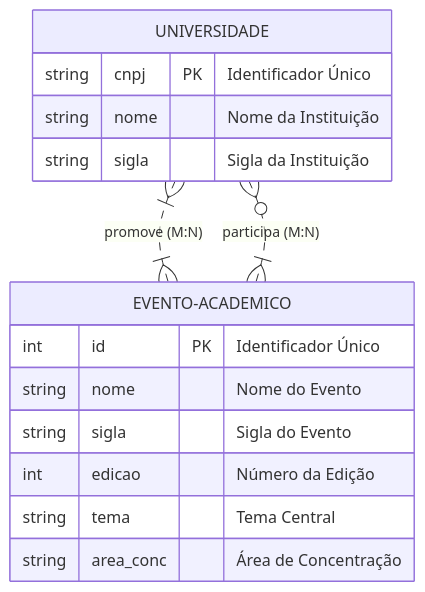
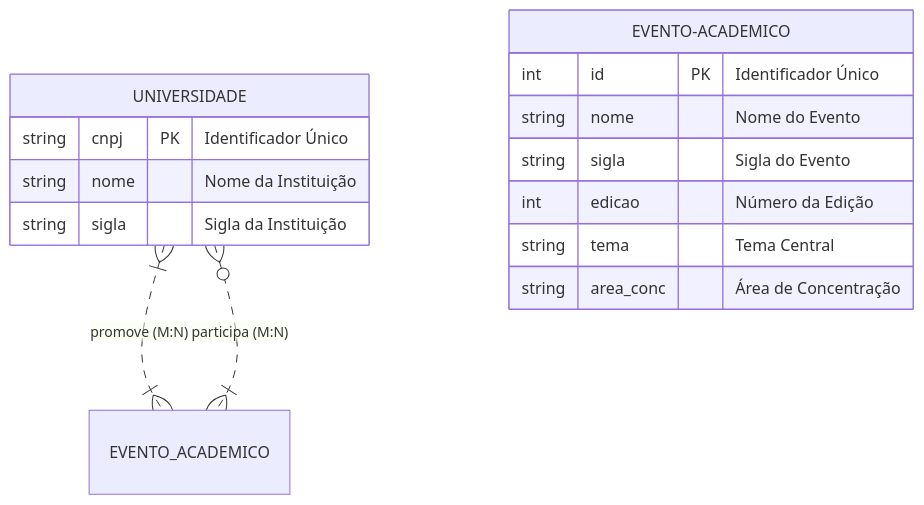
Before and after one commit to SuzanaBTI/Banco_de_Dados_UNIVESP: the first of 3 diagrams in S1_Modelo_Conceitual/README.md, drawn with Mermaid. The commit also changed other lines of this file, not shown here.

````diff
--- a/S1_Modelo_Conceitual/README.md
+++ b/S1_Modelo_Conceitual/README.md
@@ -21,18 +21,18 @@
 ```mermaid
 erDiagram
     UNIVERSIDADE {
         string cnpj PK "Identificador Único"
         string nome "Nome da Instituição"
         string sigla "Sigla da Instituição"
     }
     EVENTO-ACADEMICO {
         int id PK "Identificador Único"
         string nome "Nome do Evento"
         string sigla "Sigla do Evento"
         int edicao "Número da Edição"
         string tema "Tema Central"
         string area_conc "Área de Concentração"
     }
-    UNIVERSIDADE }|..|{ EVENTO-ACADEMICO : "promove (M:N)"
-    UNIVERSIDADE }o..|{ EVENTO-ACADEMICO : "participa (M:N)"
+    UNIVERSIDADE }|..|{ EVENTO_ACADEMICO : "promove (M:N)"
+    UNIVERSIDADE }o..|{ EVENTO_ACADEMICO : "participa (M:N)"
 ```
````
